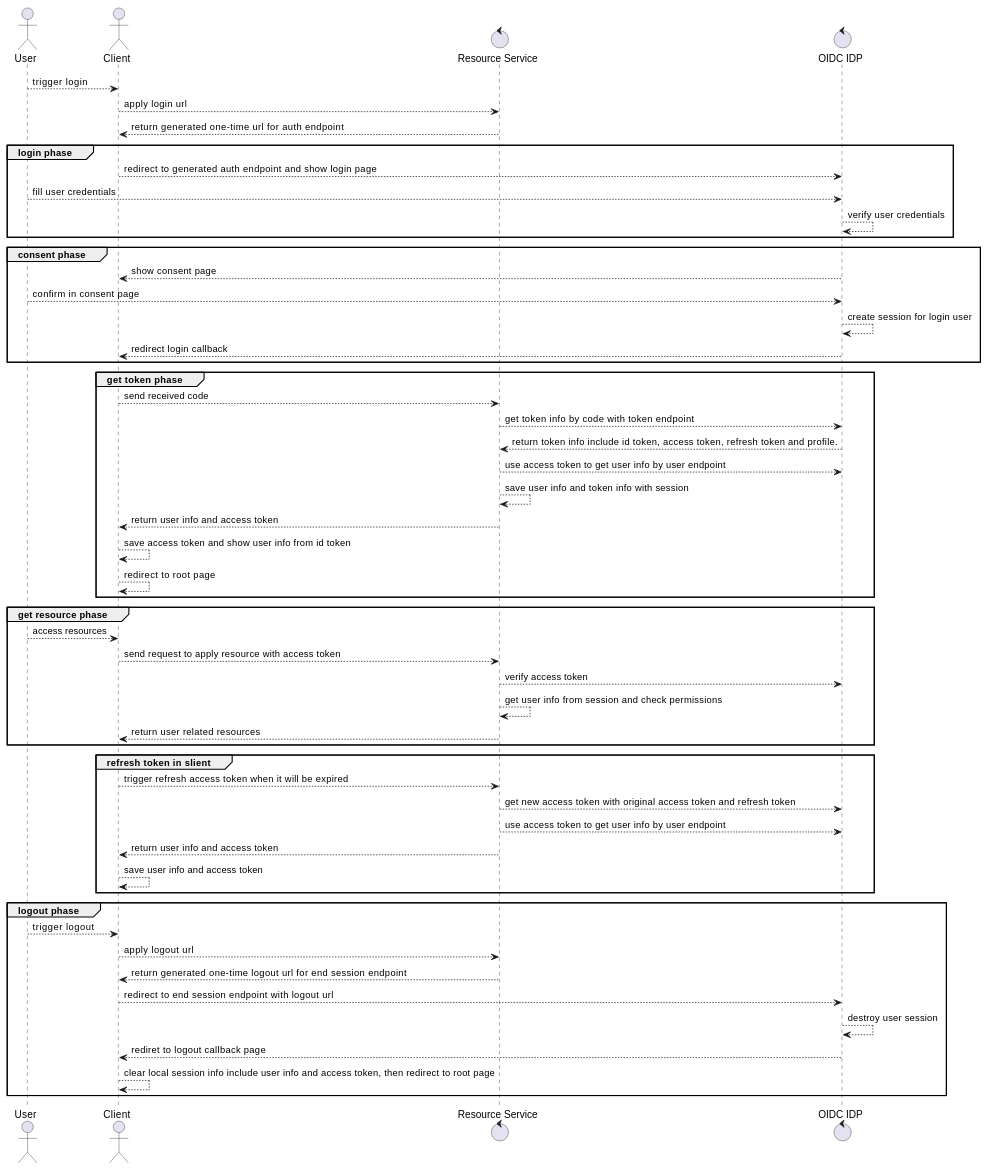
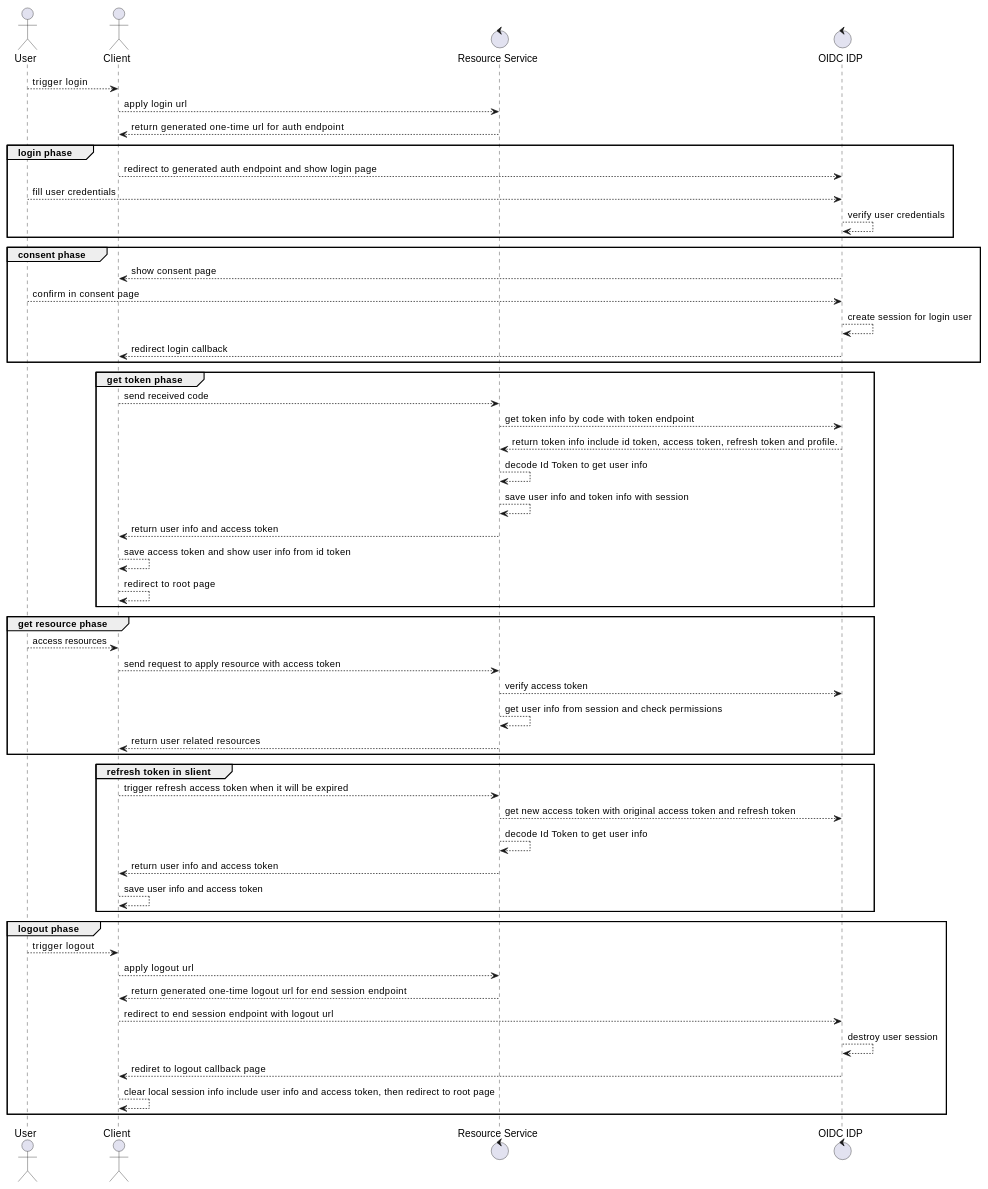
Before and after one commit to xiayy860612/www: the diagram in blog/source/_posts/system/OIDC/index.md, drawn with PlantUML. The commit also changed other lines of this file, not shown here.

````diff
--- a/blog/source/_posts/system/OIDC/index.md
+++ b/blog/source/_posts/system/OIDC/index.md
@@ -92,68 +89,68 @@
 ```plantuml
 
 actor User as U
 actor Client as C
 control "Resource Service" as S
 control "OIDC IDP" as IDP
 
 U --> C: trigger login
 C --> S: apply login url
 S --> C: return generated one-time url for auth endpoint
 
 group login phase
 C --> IDP: redirect to generated auth endpoint and show login page
 U --> IDP: fill user credentials
 IDP --> IDP: verify user credentials
 end
 
 group consent phase
 IDP --> C: show consent page
 U --> IDP: confirm in consent page
 IDP --> IDP: create session for login user
 IDP --> C: redirect login callback
 end
 
 group get token phase
 C --> S: send received code
 S --> IDP: get token info by code with token endpoint
 IDP --> S: return token info include id token, access token, refresh token and profile.
-S --> IDP: use access token to get user info by user endpoint
+S --> S: decode Id Token to get user info
 S --> S: save user info and token info with session
 S --> C: return user info and access token
 C --> C: save access token and show user info from id token
 C --> C: redirect to root page
 end
 
 group get resource phase
 
 U --> C: access resources
 C --> S: send request to apply resource with access token
 S --> IDP: verify access token
 S --> S: get user info from session and check permissions
 S --> C: return user related resources
 
 end
 
 group refresh token in slient
 
 C --> S: trigger refresh access token when it will be expired
 S --> IDP: get new access token with original access token and refresh token
-S --> IDP: use access token to get user info by user endpoint
+S --> S: decode Id Token to get user info
 S --> C: return user info and access token
 C --> C: save user info and access token
 
 end
 
 group logout phase
 
 U --> C: trigger logout
 C --> S: apply logout url
 S --> C: return generated one-time logout url for end session endpoint
 C --> IDP: redirect to end session endpoint with logout url
 IDP --> IDP: destroy user session
 IDP --> C: rediret to logout callback page
 C --> C: clear local session info include user info and access token, then redirect to root page
 
 end
 
 ```
````
